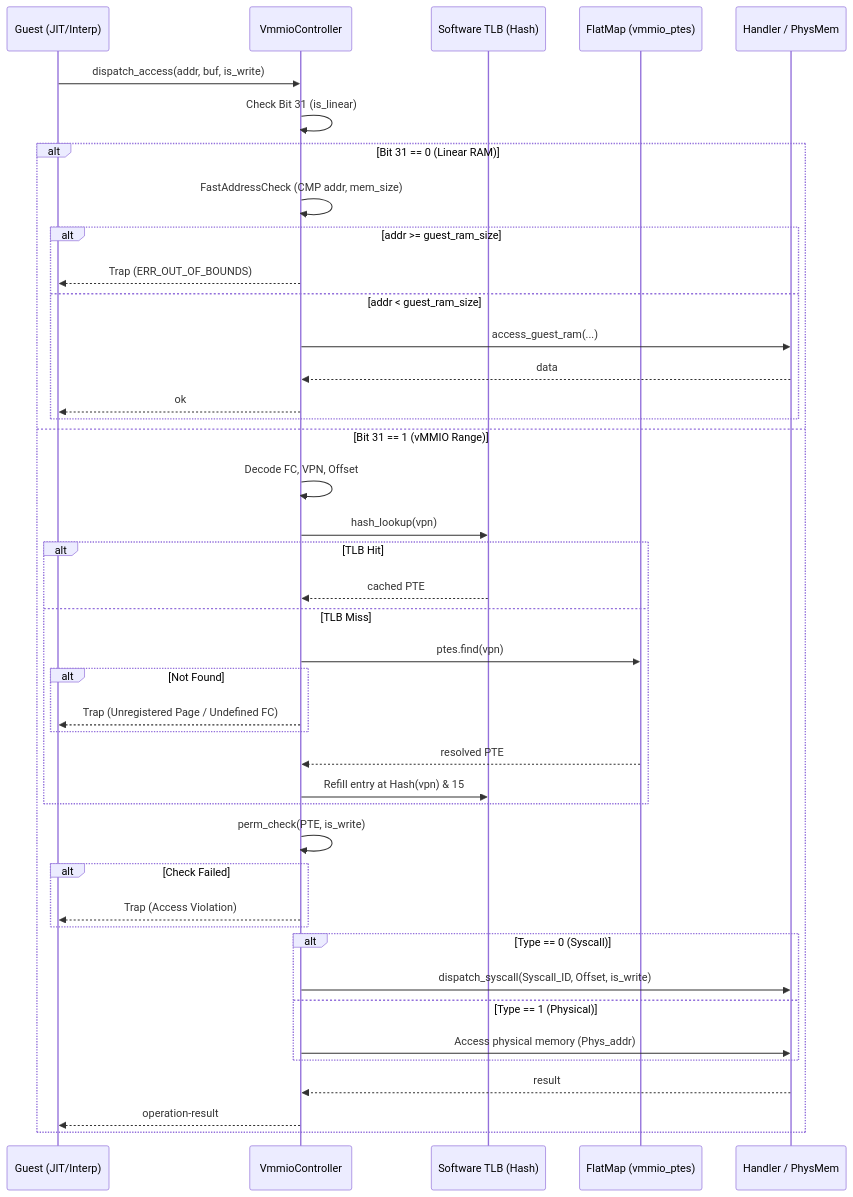
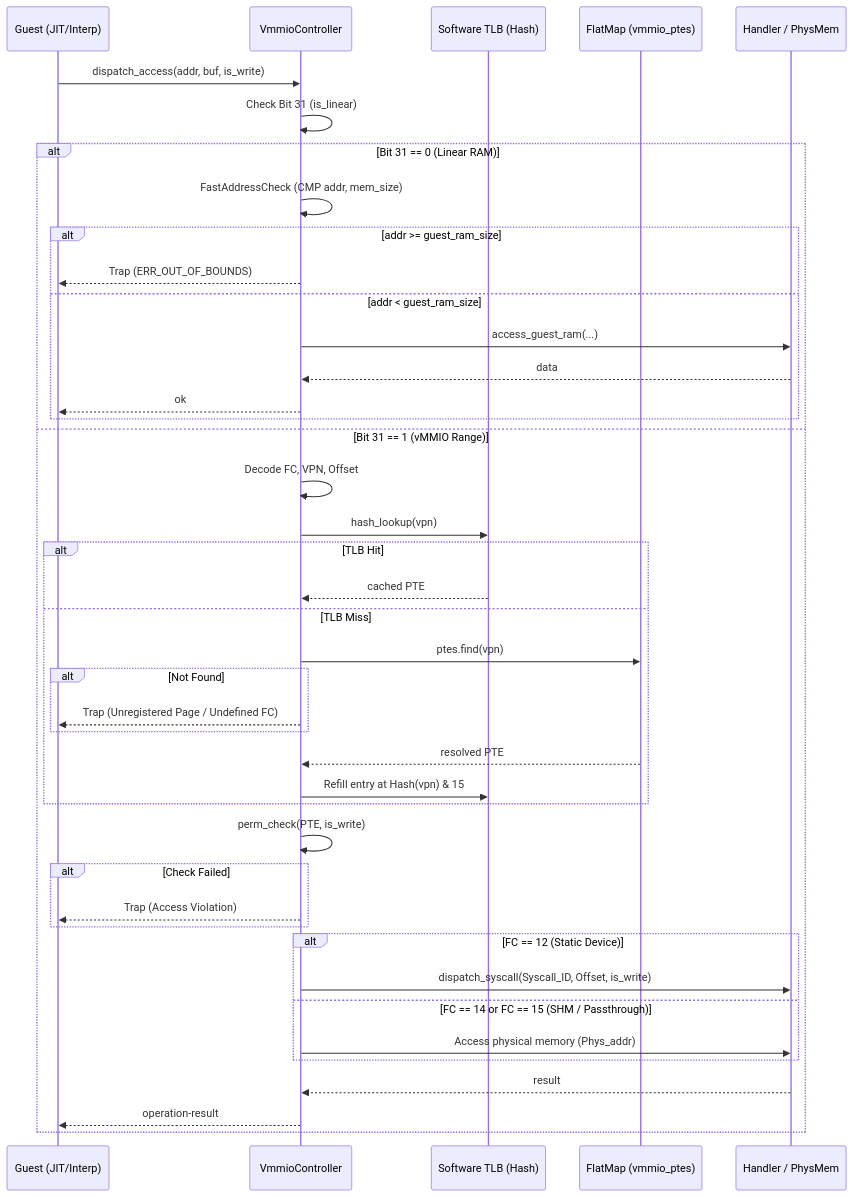
One commit to kmt-t/fireball changed the fourth of 5 diagrams in docs/components/tier2_runtime/runtime_vmmio.md. Above: the diagram before and after it, drawn with Mermaid. The commit also changed other lines of this file and 18 other files, not shown here.

Commit message:
docs: harmonize component diagrams, state transitions, and symlinks across specifications

````diff
--- a/docs/components/tier2_runtime/runtime_vmmio.md
+++ b/docs/components/tier2_runtime/runtime_vmmio.md
@@ -252,47 +252,47 @@
 ```mermaid
 sequenceDiagram
     participant G as Guest (JIT/Interp)
     participant C as VmmioController
     participant T as Software TLB (Hash)
     participant F as FlatMap (vmmio_ptes)
     participant H as Handler / PhysMem
 
     G->>C: dispatch_access(addr, buf, is_write)
     C->>C: Check Bit 31 (is_linear)
     alt Bit 31 == 0 (Linear RAM)
         C->>C: FastAddressCheck (CMP addr, mem_size)
         alt addr >= guest_ram_size
             C-->>G: Trap (ERR_OUT_OF_BOUNDS)
         else addr < guest_ram_size
             C->>H: access_guest_ram(...)
             H-->>C: data
             C-->>G: ok
         end
     else Bit 31 == 1 (vMMIO Range)
         C->>C: Decode FC, VPN, Offset
         C->>T: hash_lookup(vpn)
         alt TLB Hit
             T-->>C: cached PTE
         else TLB Miss
             C->>F: ptes.find(vpn)
             alt Not Found
                 C-->>G: Trap (Unregistered Page / Undefined FC)
             end
             F-->>C: resolved PTE
             C->>T: Refill entry at Hash(vpn) & 15
         end
 
         C->>C: perm_check(PTE, is_write)
         alt Check Failed
             C-->>G: Trap (Access Violation)
         end
 
-        alt Type == 0 (Syscall)
+        alt FC == 12 (Static Device)
             C->>H: dispatch_syscall(Syscall_ID, Offset, is_write)
-        else Type == 1 (Physical)
+        else FC == 14 or FC == 15 (SHM / Passthrough)
             C->>H: Access physical memory (Phys_addr)
         end
         H-->>C: result
         C-->>G: operation-result
     end
 ```
````
